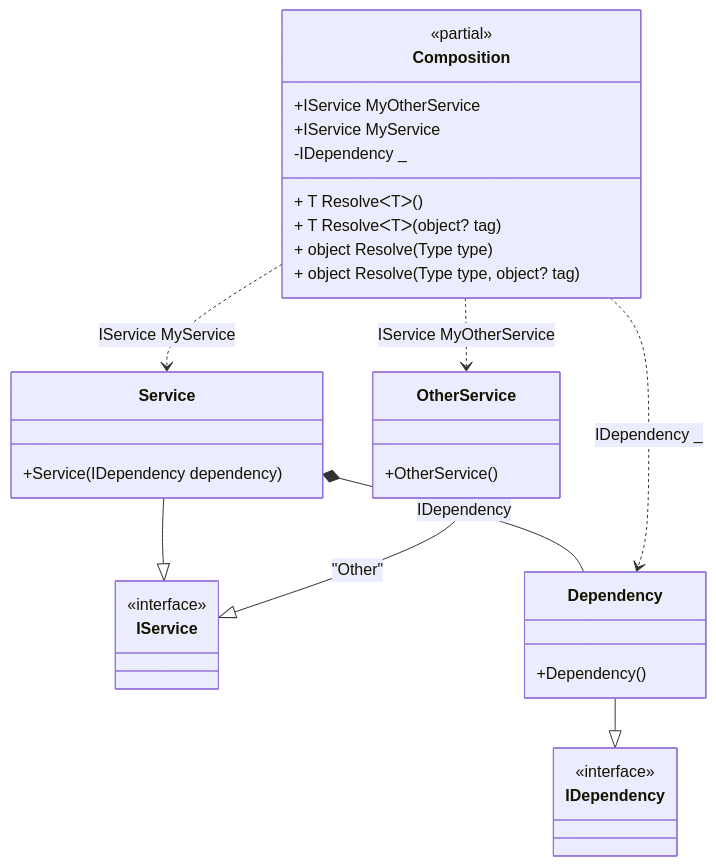
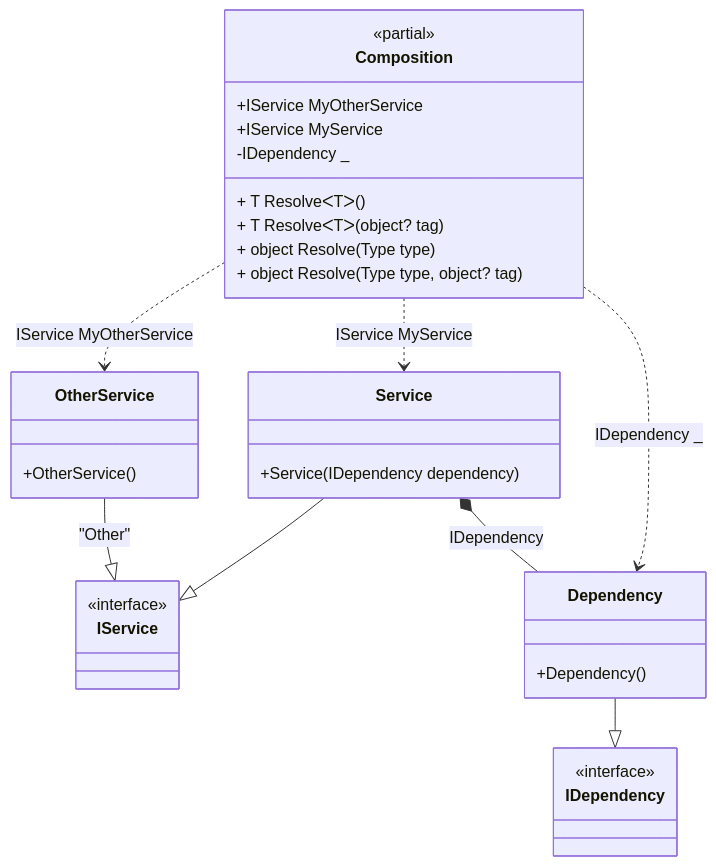
The diagram in readme/composition-roots.md (DevTeam/Pure.DI), drawn with Mermaid before and after one commit. The commit also changed other lines of this file and 90 other files, not shown here.

````diff
--- a/readme/composition-roots.md
+++ b/readme/composition-roots.md
@@ -257,35 +257,35 @@
 ```mermaid
 classDiagram
 	class Composition {
 		<<partial>>
 		+IService MyOtherService
 		+IService MyService
 		-IDependency _
 		+ T ResolveᐸTᐳ()
 		+ T ResolveᐸTᐳ(object? tag)
 		+ object Resolve(Type type)
 		+ object Resolve(Type type, object? tag)
 	}
 	Service --|> IService
 	class Service {
 		+Service(IDependency dependency)
 	}
 	OtherService --|> IService : "Other" 
 	class OtherService {
 		+OtherService()
 	}
 	Dependency --|> IDependency
 	class Dependency {
 		+Dependency()
 	}
 	class IService {
 		<<interface>>
 	}
 	class IDependency {
 		<<interface>>
 	}
+	Composition ..> OtherService : IService MyOtherService
+	Composition ..> Dependency : IDependency _
+	Composition ..> Service : IService MyService
 	Service *--  Dependency : IDependency
-	Composition ..> Service : IService MyService
-	Composition ..> Dependency : IDependency _
-	Composition ..> OtherService : IService MyOtherService
 ```
````
